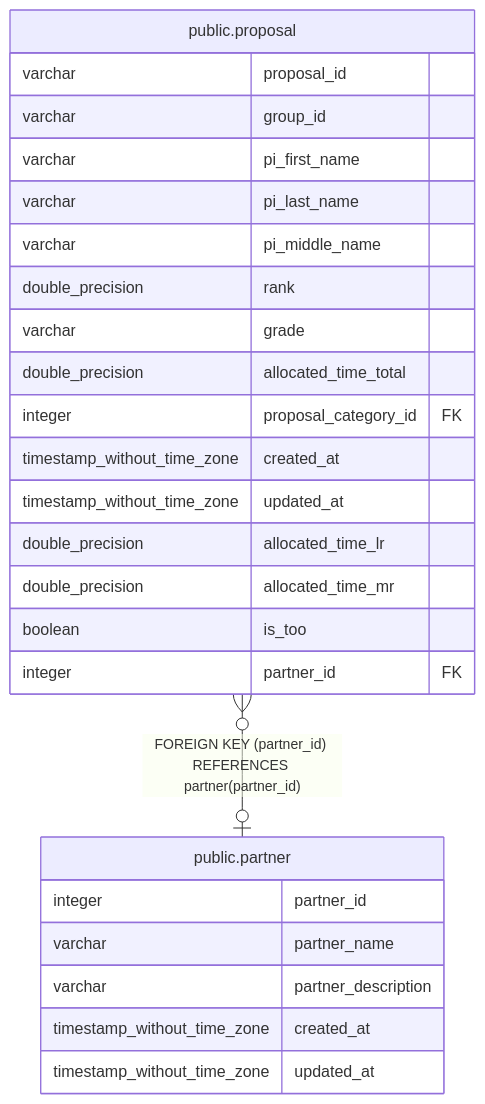
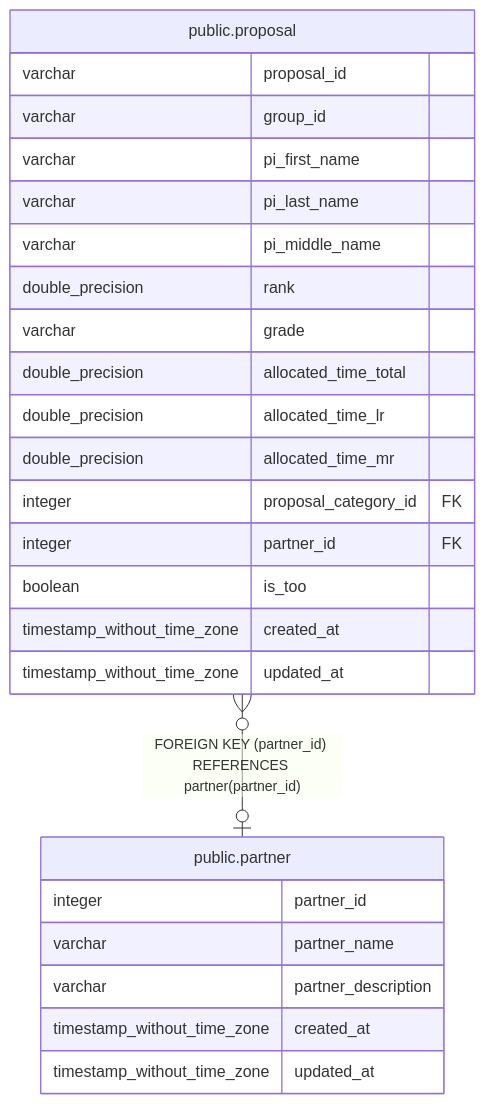
One commit to Subaru-PFS/ets_target_database changed the diagram in docs/tbls/public.partner.md. Above: the diagram before and after it, drawn with Mermaid. The commit also changed other lines of this file and 13 other files, not shown here.

Commit message:
chore: update ER diagrams [skip ci]

````diff
--- a/docs/tbls/public.partner.md
+++ b/docs/tbls/public.partner.md
@@ -31,30 +29,30 @@
 ```mermaid
 erDiagram
 
 "public.proposal" }o--o| "public.partner" : "FOREIGN KEY (partner_id) REFERENCES partner(partner_id)"
 
 "public.partner" {
   integer partner_id
   varchar partner_name
   varchar partner_description
   timestamp_without_time_zone created_at
   timestamp_without_time_zone updated_at
 }
 "public.proposal" {
   varchar proposal_id
   varchar group_id
   varchar pi_first_name
   varchar pi_last_name
   varchar pi_middle_name
   double_precision rank
   varchar grade
   double_precision allocated_time_total
+  double_precision allocated_time_lr
+  double_precision allocated_time_mr
   integer proposal_category_id FK
+  integer partner_id FK
+  boolean is_too
   timestamp_without_time_zone created_at
   timestamp_without_time_zone updated_at
-  double_precision allocated_time_lr
-  double_precision allocated_time_mr
-  boolean is_too
-  integer partner_id FK
 }
 ```
````
